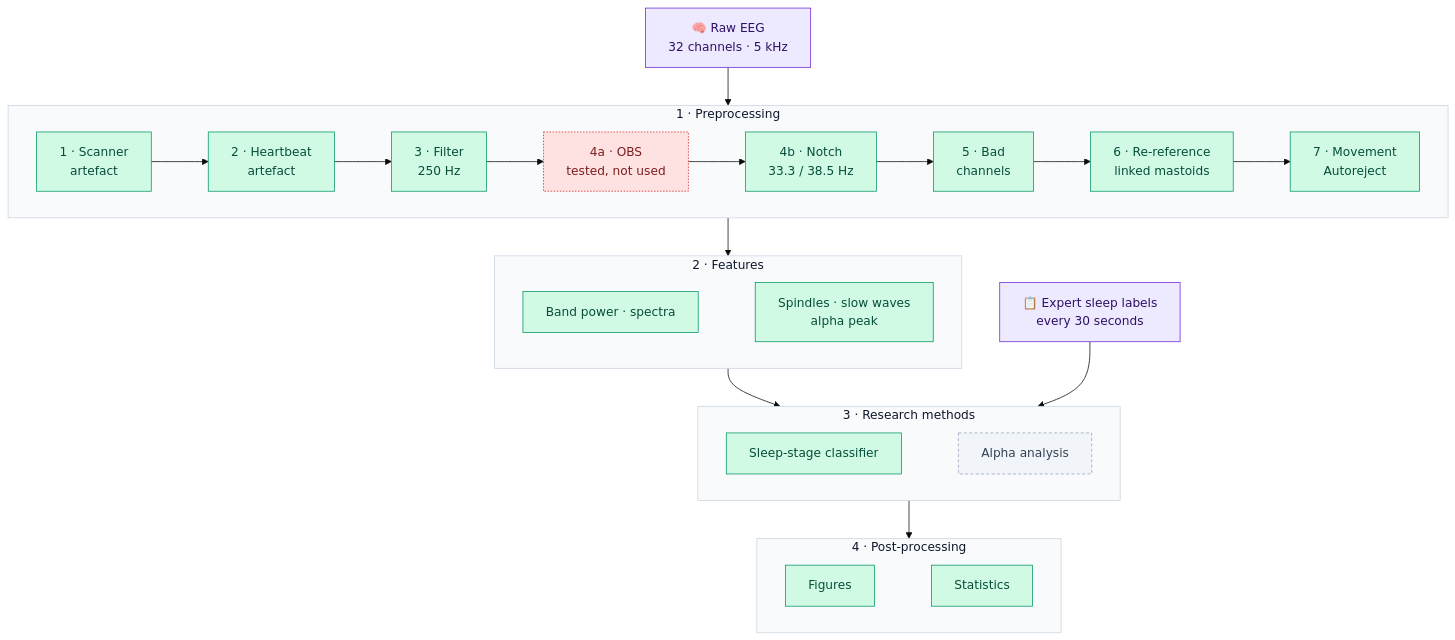
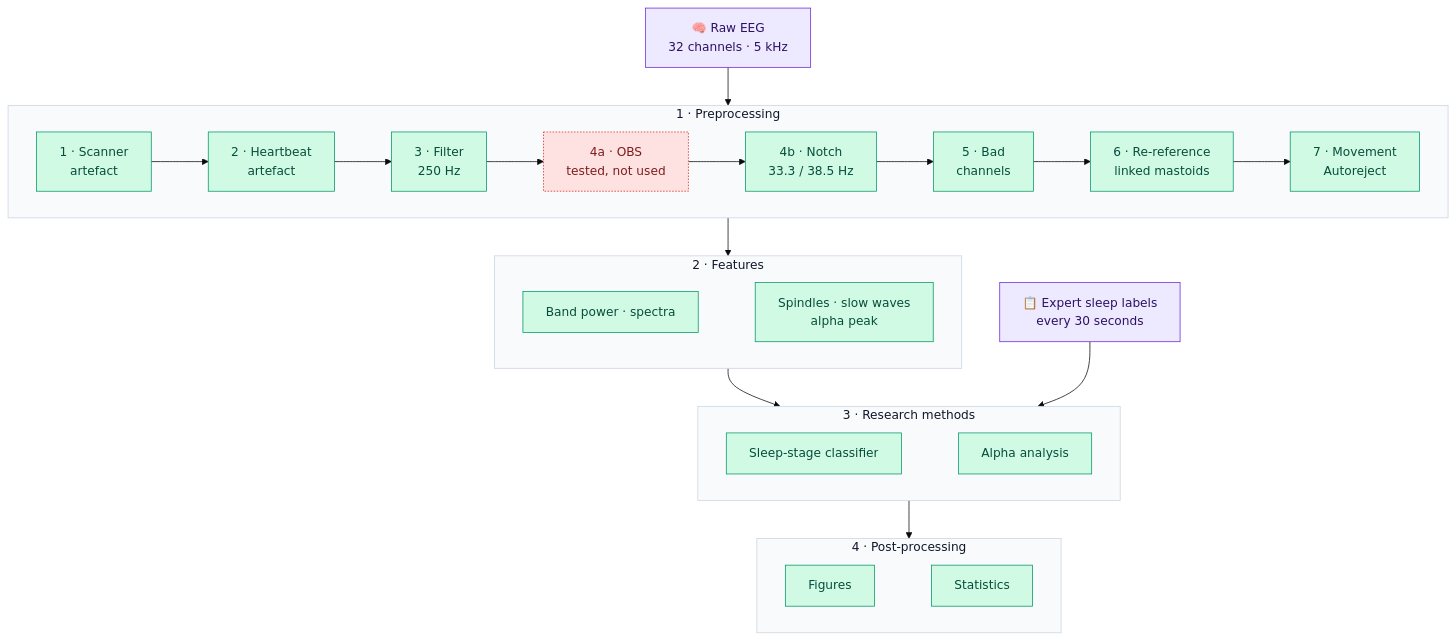
Before and after one commit to besrabhagyashree/sleep-eeg-fmri: the diagram in README.md, drawn with Mermaid (base theme). The commit also changed other lines of this file and 4 other files, not shown here.

````diff
--- a/README.md
+++ b/README.md
@@ -43,35 +43,35 @@
 ```mermaid
 flowchart TB
     RAW["🧠 Raw EEG<br/>32 channels · 5 kHz"]:::data
 
     subgraph S1 ["1 · Preprocessing"]
         direction LR
         P1["1 · Scanner<br/>artefact"]:::done --> P2["2 · Heartbeat<br/>artefact"]:::done --> P3["3 · Filter<br/>250 Hz"]:::done --> P4A["4a · OBS<br/>tested, not used"]:::rejected --> P4B["4b · Notch<br/>33.3 / 38.5 Hz"]:::done --> P5["5 · Bad<br/>channels"]:::done --> P6["6 · Re-reference<br/>linked mastoids"]:::done --> P7["7 · Movement<br/>Autoreject"]:::done
     end
     subgraph S2 ["2 · Features"]
         direction LR
         F1["Band power · spectra"]:::done ~~~ F2["Spindles · slow waves<br/>alpha peak"]:::done
     end
     subgraph S3 ["3 · Research methods"]
         direction LR
-        M1["Sleep-stage classifier"]:::done ~~~ M2["Alpha analysis"]:::todo
+        M1["Sleep-stage classifier"]:::done ~~~ M2["Alpha analysis"]:::done
     end
     LAB["📋 Expert sleep labels<br/>every 30 seconds"]:::data
     subgraph S4 ["4 · Post-processing"]
         direction LR
         Q1["Figures"]:::done ~~~ Q2["Statistics"]:::done
     end
 
     RAW --> S1 --> S2 --> S3 --> S4
     LAB --> S3
 
     classDef done fill:#d1fae5,stroke:#059669,color:#064e3b
     classDef wip fill:#fef3c7,stroke:#d97706,color:#78350f
     classDef todo fill:#f1f5f9,stroke:#94a3b8,color:#334155,stroke-dasharray: 4 3
     classDef data fill:#ede9fe,stroke:#6d28d9,color:#2e1065
     classDef rejected fill:#fee2e2,stroke:#dc2626,color:#7f1d1d,stroke-dasharray: 2 2
     style S1 fill:#f8fafc,stroke:#cbd5e1,color:#0f172a
     style S2 fill:#f8fafc,stroke:#cbd5e1,color:#0f172a
     style S3 fill:#f8fafc,stroke:#cbd5e1,color:#0f172a
     style S4 fill:#f8fafc,stroke:#cbd5e1,color:#0f172a
 ```
````
